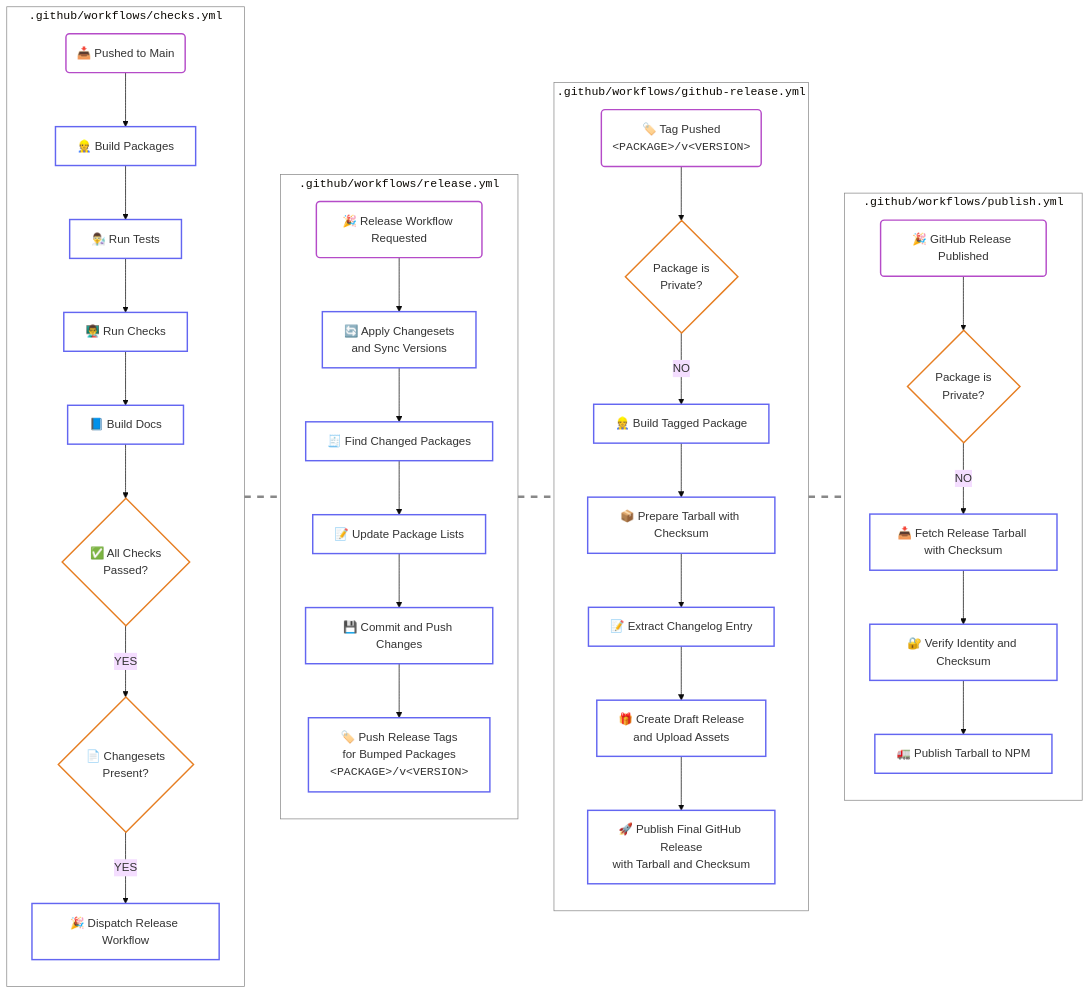
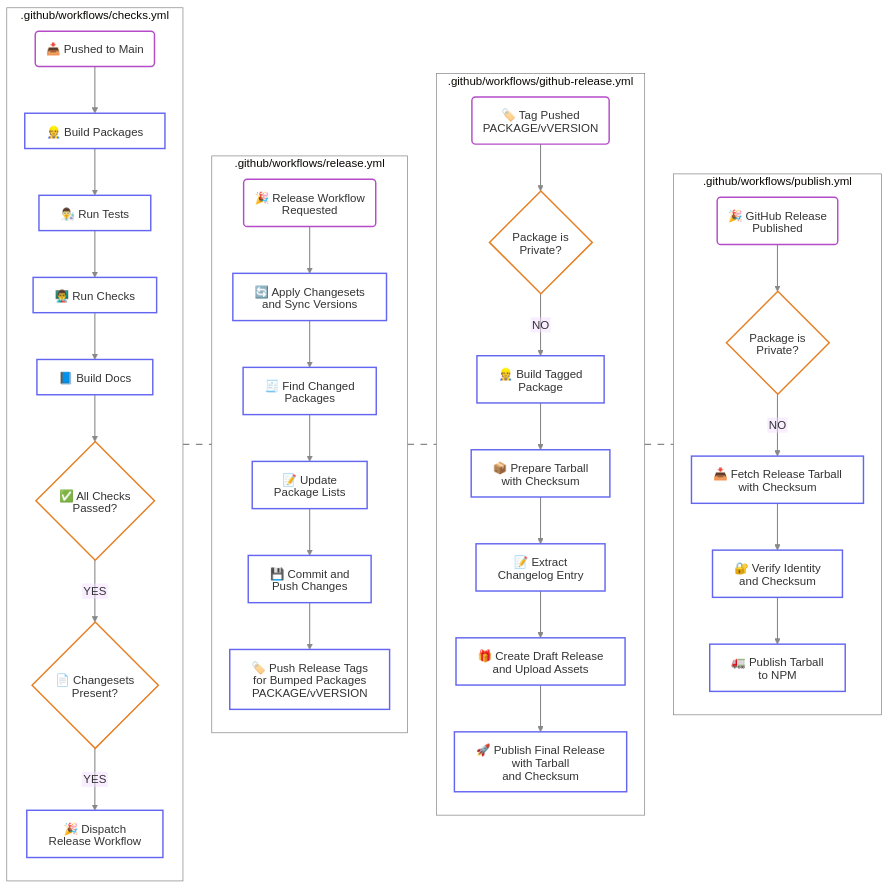
The diagram in README.md (simbo/packages), drawn with Mermaid (base theme) before and after one commit. The commit also changed 2 other files, not shown here.

Commit message:
docs(release): improve CI diagram compatibility and document trusted publisher validation

````diff
--- a/README.md
+++ b/README.md
@@ -157,7 +157,18 @@
 ```mermaid
+---
+config:
+  look: classic
+  htmlLabels: false
+  fontFamily: '-apple-system, BlinkMacSystemFont, "Segoe UI", "Noto Sans", Helvetica, Arial, sans-serif, "Apple Color Emoji", "Segoe UI Emoji"'
+  fontSize: 16
+  flowchart:
+    wrappingWidth: 400
+    nodeSpacing: 30
+    rankSpacing: 40
+---
 flowchart LR
 
-  subgraph ChecksWorkflow["<code>.github/workflows/checks.yml</code>"]
+  subgraph ChecksWorkflow[".github/workflows/checks.yml"]
     PushToMain@{ shape: rounded, label: "📥 Pushed to Main" }
     BuildPackages["👷 Build Packages"]
     RunTests["👨‍🔬 Run Tests"]
@@ -165,7 +176,7 @@
     BuildDocs["📘 Build Docs"]
     ChecksPassed{"✅ All Checks<br>Passed?"}
     Changesets{"📄 Changesets<br>Present?"}
-    ReleaseEventDispatch["🎉 Dispatch Release Workflow"]
+    ReleaseEventDispatch["🎉 Dispatch<br>Release Workflow"]
 
     direction TB
     PushToMain --> BuildPackages
@@ -177,13 +188,13 @@
     Changesets --"YES"--> ReleaseEventDispatch
   end
 
-  subgraph ReleaseWorkflow["<code>.github/workflows/release.yml</code>"]
-    ReleaseEvent@{ shape: rounded, label: "🎉 Release Workflow Requested" }
+  subgraph ReleaseWorkflow[".github/workflows/release.yml"]
+    ReleaseEvent@{ shape: rounded, label: "🎉 Release Workflow<br>Requested" }
     IntegrateChangesets["🔄 Apply Changesets<br>and Sync Versions"]
-    CollectPackages["🧾 Find Changed Packages"]
-    UpdatePackageDocs["📝 Update Package Lists"]
-    CommitAndPushChanges["💾 Commit and Push Changes"]
-    PushReleaseTags["🏷️ Push Release Tags<br>for Bumped Packages<br><code>&lt;PACKAGE&gt;/v&lt;VERSION&gt;</code>"]
+    CollectPackages["🧾 Find Changed<br>Packages"]
+    UpdatePackageDocs["📝 Update<br>Package Lists"]
+    CommitAndPushChanges["💾 Commit and<br>Push Changes"]
+    PushReleaseTags["🏷️ Push Release Tags<br>for Bumped Packages<br>PACKAGE/vVERSION"]
 
     direction TB
     ReleaseEvent --> IntegrateChangesets
@@ -193,14 +204,14 @@
     CommitAndPushChanges --> PushReleaseTags
   end
 
-  subgraph GitHubReleaseWorkflow["<code>.github/workflows/github-release.yml</code>"]
-    TagEvent@{ shape: rounded, label: "🏷️ Tag Pushed<br><code>&lt;PACKAGE&gt;/v&lt;VERSION&gt;</code>" }
+  subgraph GitHubReleaseWorkflow[".github/workflows/github-release.yml"]
+    TagEvent@{ shape: rounded, label: "🏷️ Tag Pushed<br>PACKAGE/vVERSION" }
     IsReleasePrivate{"Package is<br>Private?"}
-    BuildPackage["👷 Build Tagged Package"]
-    PackTarball["📦 Prepare Tarball with Checksum"]
-    ExtractChangelogEntry["📝 Extract Changelog Entry"]
+    BuildPackage["👷 Build Tagged<br>Package"]
+    PackTarball["📦 Prepare Tarball<br>with Checksum"]
+    ExtractChangelogEntry["📝 Extract<br>Changelog Entry"]
     UploadDraft["🎁 Create Draft Release<br>and Upload Assets"]
-    PublishRelease["🚀 Publish Final GitHub Release<br>with Tarball and Checksum"]
+    PublishRelease["🚀 Publish Final Release<br>with Tarball<br>and Checksum"]
 
     direction TB
     TagEvent --> IsReleasePrivate
@@ -211,12 +222,12 @@
     UploadDraft --> PublishRelease
   end
 
-  subgraph PublishWorkflow["<code>.github/workflows/publish.yml</code>"]
-    ReleasePublished@{ shape: rounded, label: "🎉 GitHub Release Published" }
-    DownloadArchive["📥 Fetch Release Tarball with Checksum"]
-    VerifyDownload["🔐 Verify Identity and Checksum"]
+  subgraph PublishWorkflow[".github/workflows/publish.yml"]
+    ReleasePublished@{ shape: rounded, label: "🎉 GitHub Release<br>Published" }
+    DownloadArchive["📥 Fetch Release Tarball<br>with Checksum"]
+    VerifyDownload["🔐 Verify Identity<br>and Checksum"]
     IsPrivate{"Package is<br>Private?"}
-    PublishToNpm["🚛 Publish Tarball to NPM"]
+    PublishToNpm["🚛 Publish Tarball<br>to NPM"]
 
     direction TB
     ReleasePublished --> IsPrivate
@@ -229,10 +240,12 @@
   ReleaseWorkflow Link2@=== GitHubReleaseWorkflow
   GitHubReleaseWorkflow Link3@=== PublishWorkflow
 
+  linkStyle default stroke:#888888,stroke-width:1.5px;
+
   classDef animateLink stroke: #888888,stroke-dasharray:9,5,stroke-dashoffset:900, animation: dash 25s linear infinite;
   class Link1,Link2,Link3 animateLink
 
-  classDef workflow stroke:#888888,fill:transparent;
+  classDef workflow stroke:#888888,fill:transparent,font-size:12px;
   class ChecksWorkflow,ReleaseWorkflow,GitHubReleaseWorkflow,PublishWorkflow workflow
 
   classDef event stroke:#B54BC8,stroke-width:2px,fill:transparent;
````
